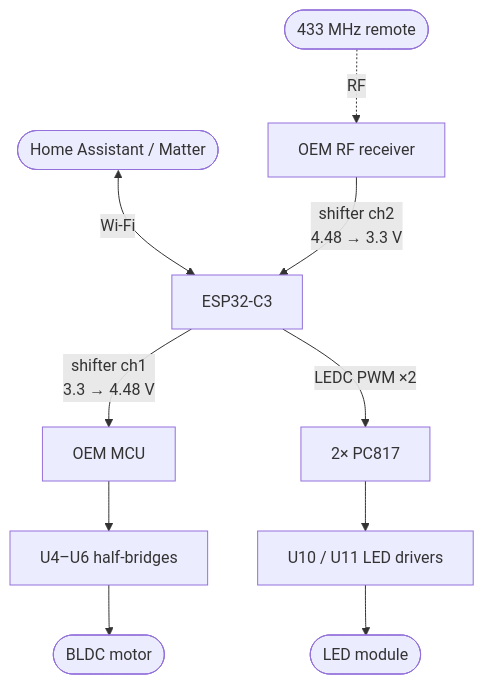
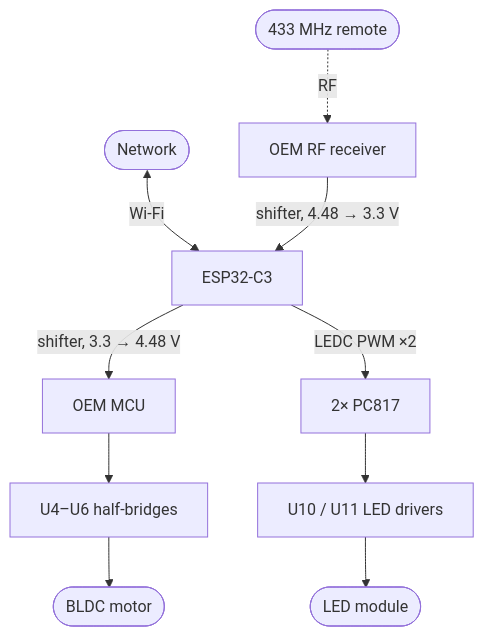
The diagram in README.md (tpeyronel/SmarterFan), drawn with Mermaid before and after one commit. The commit also changed other lines of this file and 3 other files, not shown here.

````diff
--- a/README.md
+++ b/README.md
@@ -130,12 +61,12 @@
 ```mermaid
 flowchart TB
     REM([433 MHz remote]) -.->|RF| RX[OEM RF receiver]
-    HA([Home Assistant / Matter]) <-->|Wi-Fi| ESP
-    RX -->|shifter ch2<br/>4.48 → 3.3 V| ESP[ESP32-C3]
-    ESP -->|shifter ch1<br/>3.3 → 4.48 V| MCU[OEM MCU]
+    NET([Network]) <-->|Wi-Fi| ESP
+    RX -->|shifter, 4.48 → 3.3 V| ESP[ESP32-C3]
+    ESP -->|shifter, 3.3 → 4.48 V| MCU[OEM MCU]
     ESP -->|LEDC PWM ×2| OPT[2× PC817]
     MCU --> DRV[U4–U6 half-bridges]
     DRV --> MOT([BLDC motor])
     OPT --> LDRV[U10 / U11 LED drivers]
     LDRV --> LEDS([LED module])
 ```
````
